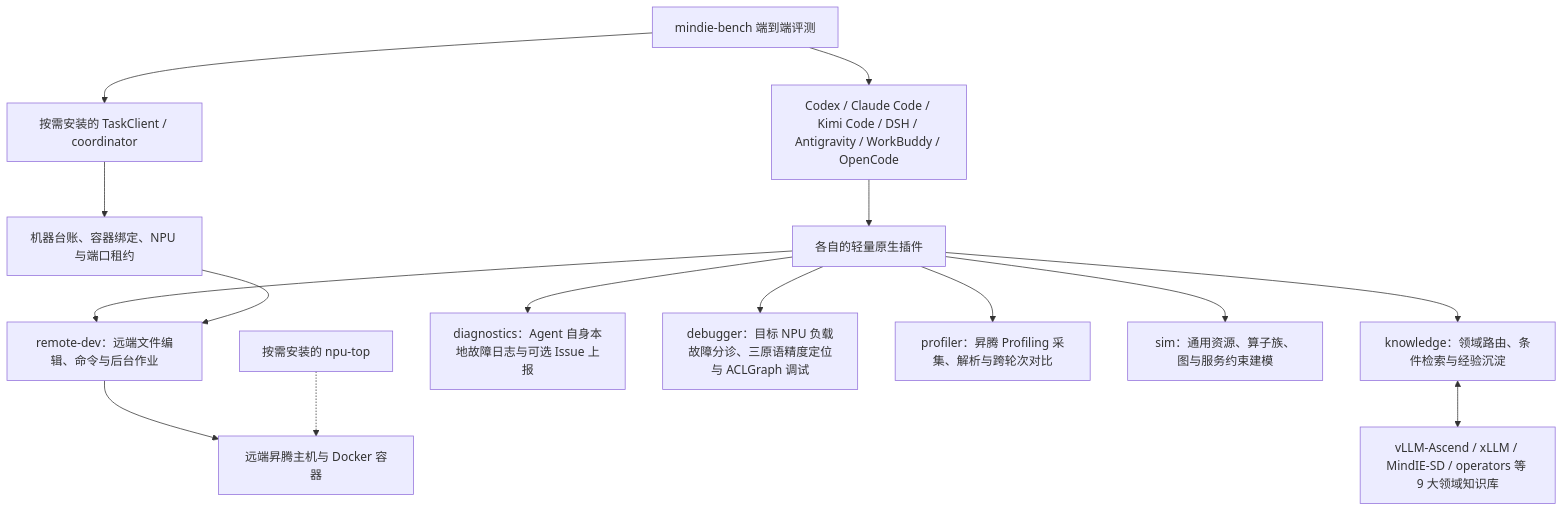
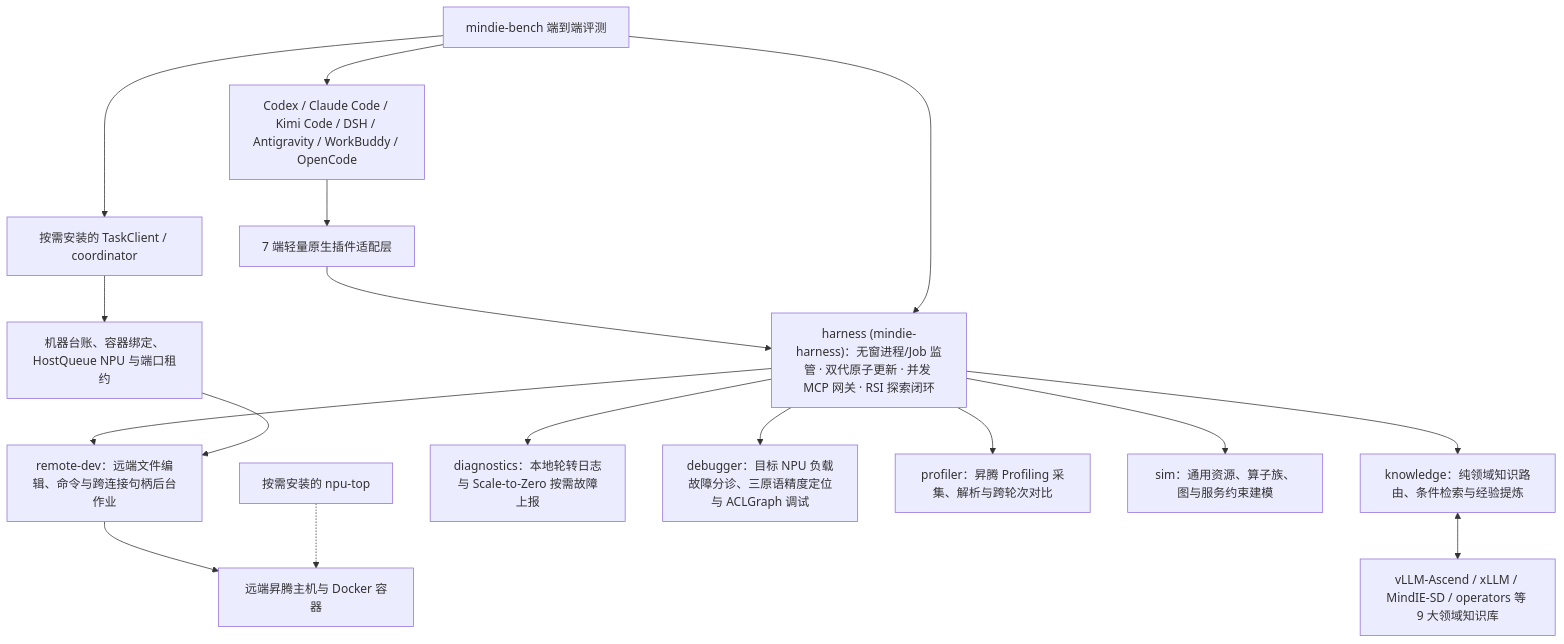
Before and after one commit to mindie-agent/mindie-agent: the diagram in docs/architecture.md, drawn with Mermaid. The commit also changed other lines of this file and 65 other files, not shown here.

````diff
--- a/docs/architecture.md
+++ b/docs/architecture.md
@@ -11,17 +11,19 @@
 ```mermaid
 flowchart TB
-    H["Codex / Claude Code / Kimi Code / DSH / Antigravity / WorkBuddy / OpenCode"] --> P["各自的轻量原生插件"]
-    P --> K["knowledge：领域路由、条件检索与经验沉淀"]
-    P --> R["remote-dev：远端文件编辑、命令与后台作业"]
-    P --> D["diagnostics：Agent 自身本地故障日志与可选 Issue 上报"]
-    P --> DB["debugger：目标 NPU 负载故障分诊、三原语精度定位与 ACLGraph 调试"]
-    P --> PR["profiler：昇腾 Profiling 采集、解析与跨轮次对比"]
-    P --> S["sim：通用资源、算子族、图与服务约束建模"]
+    H["Codex / Claude Code / Kimi Code / DSH / Antigravity / WorkBuddy / OpenCode"] --> P["7 端轻量原生插件适配层"]
+    P --> HS["harness (mindie-harness)：无窗进程/Job 监管 · 双代原子更新 · 并发 MCP 网关 · RSI 探索闭环"]
+    HS --> K["knowledge：纯领域知识路由、条件检索与经验提炼"]
+    HS --> R["remote-dev：远端文件编辑、命令与跨连接句柄后台作业"]
+    HS --> D["diagnostics：本地轮转日志与 Scale-to-Zero 按需故障上报"]
+    HS --> DB["debugger：目标 NPU 负载故障分诊、三原语精度定位与 ACLGraph 调试"]
+    HS --> PR["profiler：昇腾 Profiling 采集、解析与跨轮次对比"]
+    HS --> S["sim：通用资源、算子族、图与服务约束建模"]
     K <--> F["vLLM-Ascend / xLLM / MindIE-SD / operators 等 9 大领域知识库"]
-    T["按需安装的 TaskClient / coordinator"] --> Q["机器台账、容器绑定、NPU 与端口租约"]
+    T["按需安装的 TaskClient / coordinator"] --> Q["机器台账、容器绑定、HostQueue NPU 与端口租约"]
     Q --> R
     R --> N["远端昇腾主机与 Docker 容器"]
     M["按需安装的 npu-top"] -.-> N
     B["mindie-bench 端到端评测"] --> T
+    B --> HS
     B --> H
 ```
````
